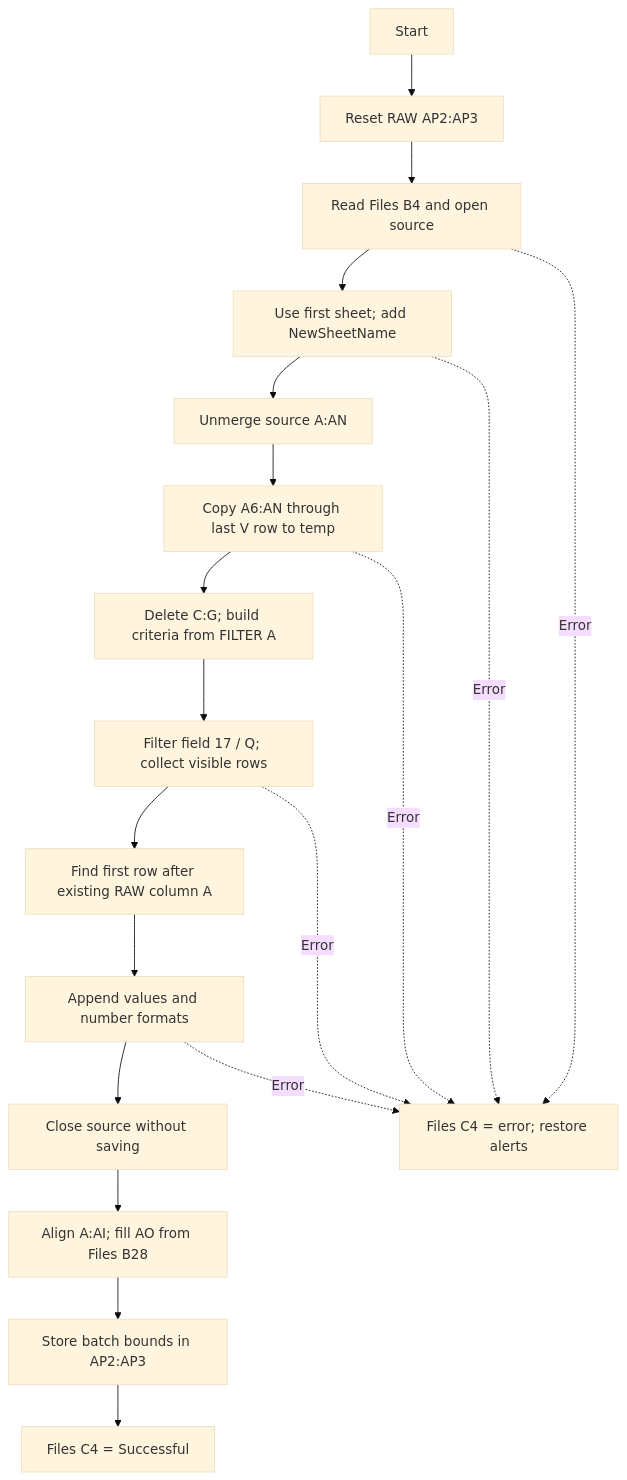
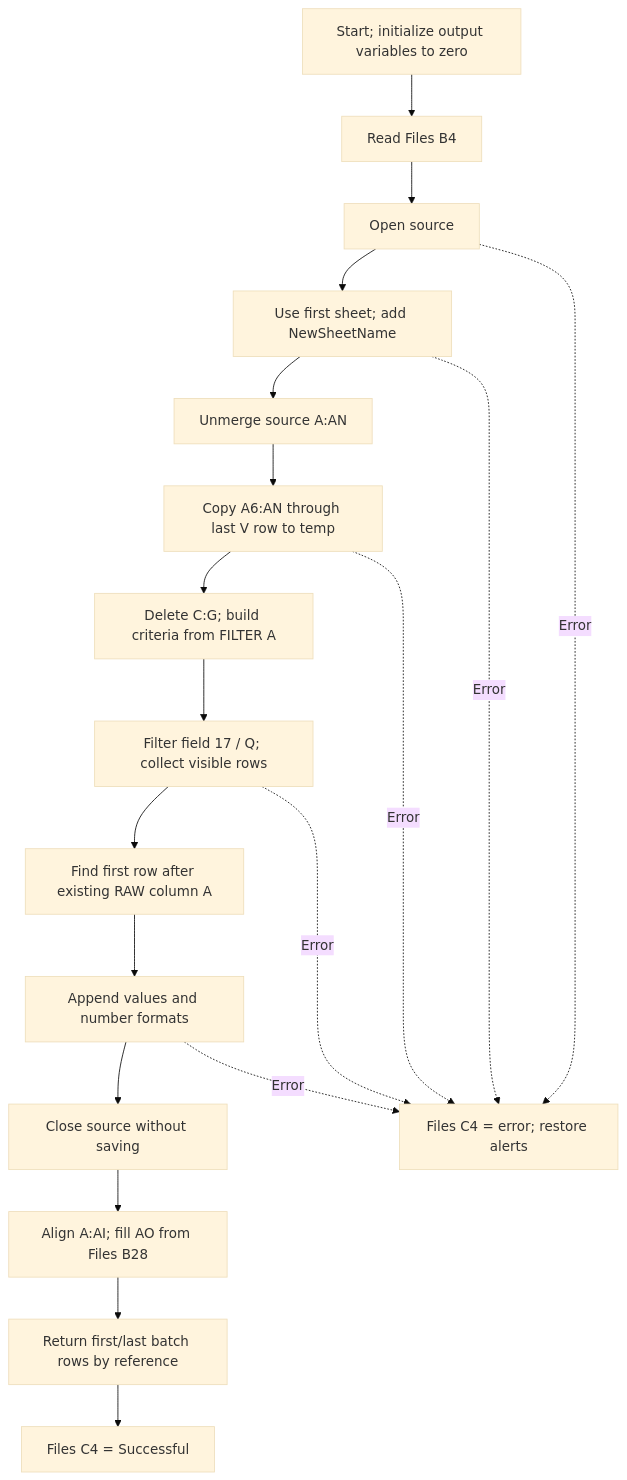
Before and after one commit to moonstarph23/Common-Script: the sixth of 15 diagrams in Other Comps/VBA_DOCUMENTATION.md, drawn with Mermaid (base theme). The commit also changed other lines of this file and 8 other files, not shown here.

Commit message:
Pass RAW batch bounds through variables

````diff
--- a/Other Comps/VBA_DOCUMENTATION.md
+++ b/Other Comps/VBA_DOCUMENTATION.md
@@ -393,21 +395,21 @@
 ```mermaid
 flowchart TD
-    A["Start"] --> B["Reset RAW AP2:AP3"]
-    B --> C["Read Files B4 and open source"]
+    A["Start; initialize output variables to zero"] --> B["Read Files B4"]
+    B --> C["Open source"]
     C --> D["Use first sheet; add NewSheetName"]
     D --> E["Unmerge source A:AN"]
     E --> F["Copy A6:AN through last V row to temp"]
     F --> G["Delete C:G; build criteria from FILTER A"]
     G --> H["Filter field 17 / Q; collect visible rows"]
     H --> I["Find first row after existing RAW column A"]
     I --> J["Append values and number formats"]
     J --> K["Close source without saving"]
     K --> L["Align A:AI; fill AO from Files B28"]
-    L --> M["Store batch bounds in AP2:AP3"]
+    L --> M["Return first/last batch rows by reference"]
     M --> N["Files C4 = Successful"]
     C -. "Error" .-> X["Files C4 = error; restore alerts"]
     D -. "Error" .-> X
     F -. "Error" .-> X
     H -. "Error" .-> X
     J -. "Error" .-> X
 ```
````
